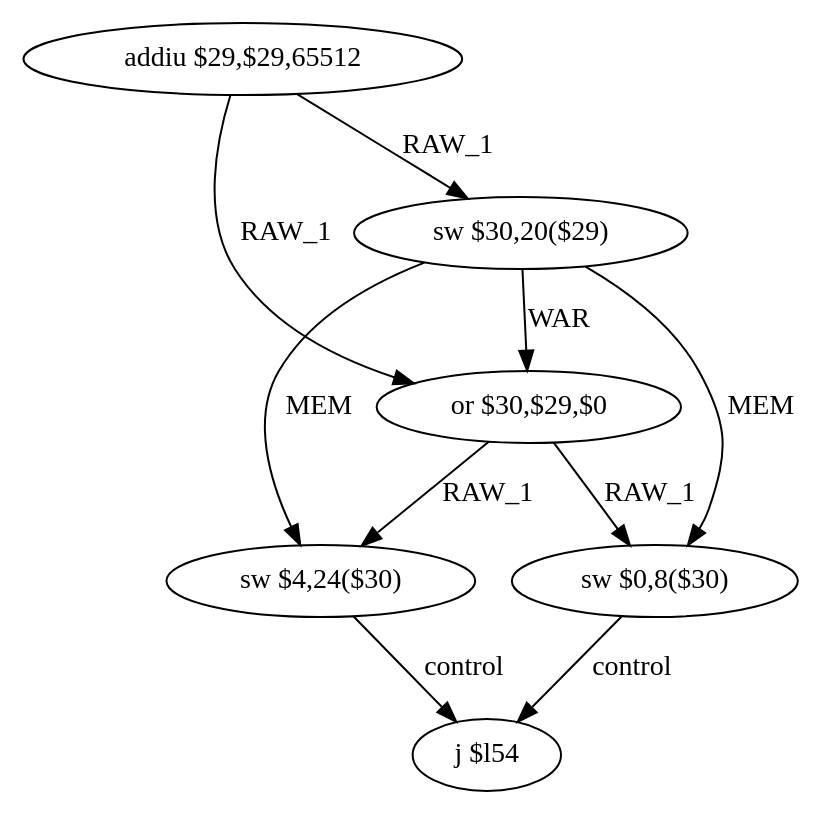
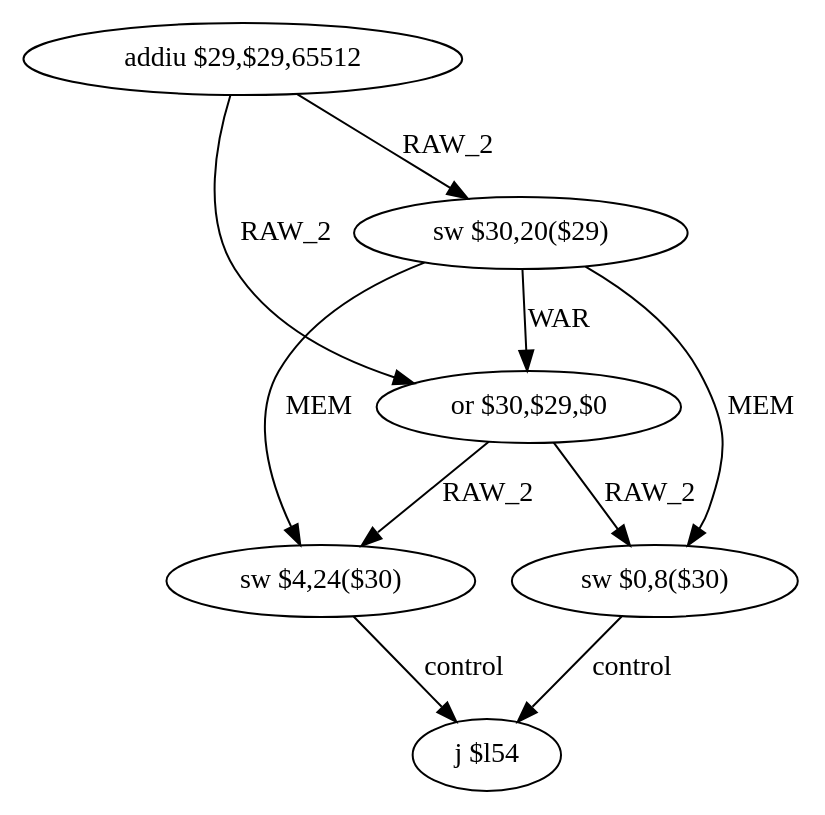
Before and after one commit to Shaolans/CA_CFG_ASM: the diagram in CodeEtudiant/tmp/_func_12_dfg_bb0.dot, drawn with Graphviz. The commit also changed 145 other files, not shown here.

```diff
--- a/CodeEtudiant/tmp/_func_12_dfg_bb0.dot
+++ b/CodeEtudiant/tmp/_func_12_dfg_bb0.dot
@@ -1,18 +1,18 @@
 digraph G1 {
 node [shape = ellipse];
 i0 [label = "addiu $29,$29,65512"] ;
-i0 ->  i1 [label= "RAW_1"];
-i0 ->  i2 [label= "RAW_1"];
+i0 ->  i1 [label= "RAW_2"];
+i0 ->  i2 [label= "RAW_2"];
 i1 [label = "sw $30,20($29)"] ;
 i1 ->  i2 [label= "WAR"];
 i1 ->  i3 [label= "MEM"];
 i1 ->  i4 [label= "MEM"];
 i2 [label = "or $30,$29,$0"] ;
-i2 ->  i3 [label= "RAW_1"];
-i2 ->  i4 [label= "RAW_1"];
+i2 ->  i3 [label= "RAW_2"];
+i2 ->  i4 [label= "RAW_2"];
 i3 [label = "sw $4,24($30)"] ;
 i3 ->  i5 [label= "control"];
 i5 [label = "j $l54"] ;
 i4 [label = "sw $0,8($30)"] ;
 i4 ->  i5 [label= "control"];
 }
```
